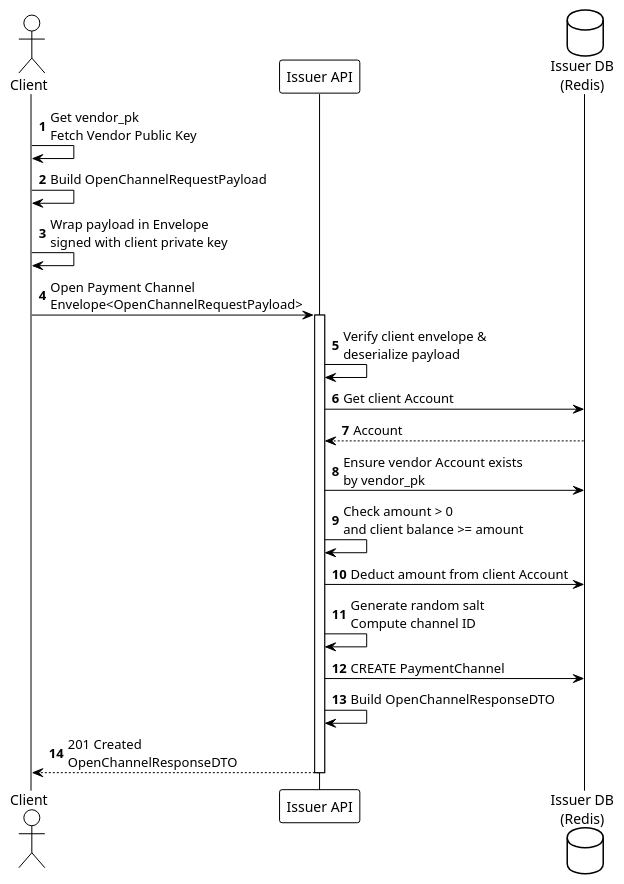
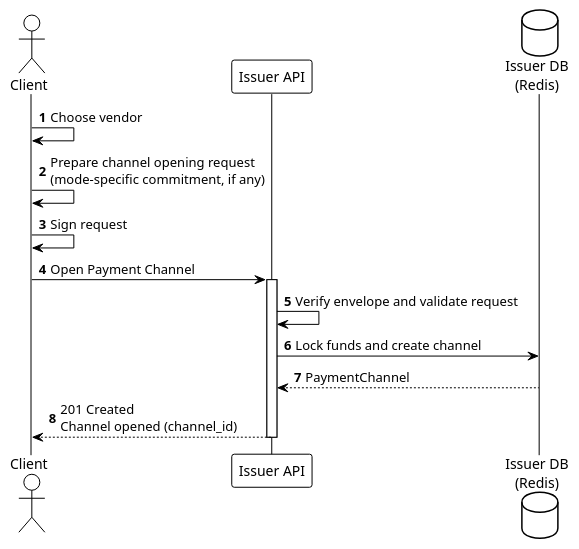
Before and after one commit to otaviootavio/nanomoni: the diagram in umls/phase1b-channel-opening.puml, drawn with PlantUML. The commit also changed 73 other files, not shown here.

First line of the commit message:
Refactor payment channel handling and update terminology

```diff
--- a/umls/phase1b-channel-opening.puml
+++ b/umls/phase1b-channel-opening.puml
@@ -1,36 +1,24 @@
 @startuml Phase1b_Channel_Opening
 
 !theme plain
 autonumber
 
 actor "Client" as Client
 participant "Issuer API" as Issuer
 database "Issuer DB\n(Redis)" as IssuerDB
 
-Client -> Client: Get vendor_pk\nFetch Vendor Public Key
+Client -> Client: Choose vendor
+Client -> Client: Prepare channel opening request\n(mode-specific commitment, if any)
+Client -> Client: Sign request
 
-Client -> Client: Build OpenChannelRequestPayload
-Client -> Client: Wrap payload in Envelope\nsigned with client private key
-
-Client -> Issuer: Open Payment Channel\nEnvelope<OpenChannelRequestPayload>
+Client -> Issuer: Open Payment Channel
 activate Issuer
 
-Issuer -> Issuer: Verify client envelope &\ndeserialize payload
+Issuer -> Issuer: Verify envelope and validate request
+Issuer -> IssuerDB: Lock funds and create channel
+IssuerDB --> Issuer: PaymentChannel
 
-
-Issuer -> IssuerDB: Get client Account
-IssuerDB --> Issuer: Account
-
-Issuer -> IssuerDB: Ensure vendor Account exists\nby vendor_pk
-
-Issuer -> Issuer: Check amount > 0\nand client balance >= amount
-Issuer -> IssuerDB: Deduct amount from client Account
-
-Issuer -> Issuer: Generate random salt\nCompute channel ID
-Issuer -> IssuerDB: CREATE PaymentChannel
-
-Issuer -> Issuer: Build OpenChannelResponseDTO
-Issuer --> Client: 201 Created\nOpenChannelResponseDTO
+Issuer --> Client: 201 Created\nChannel opened (channel_id)
 deactivate Issuer
 
 @enduml
```
